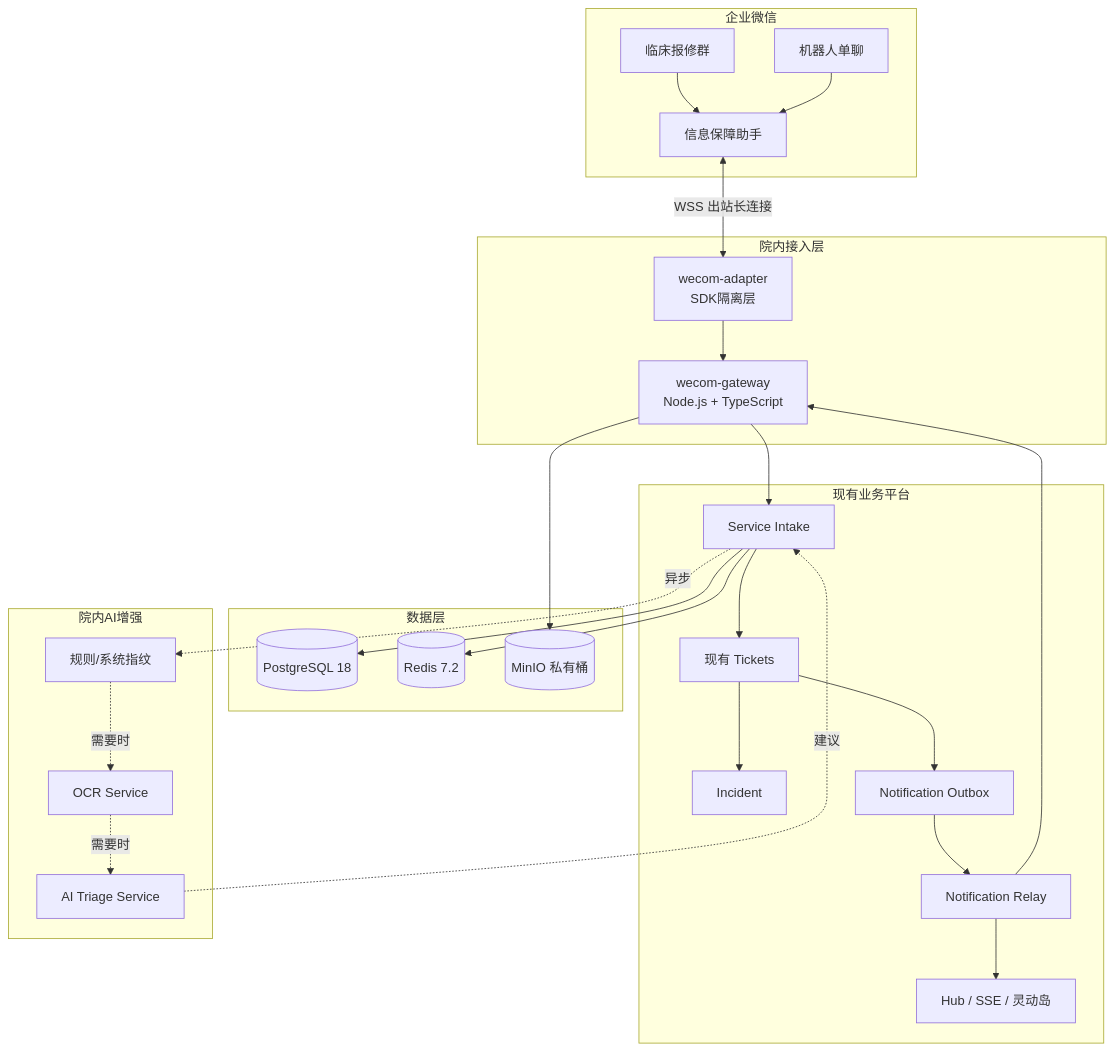
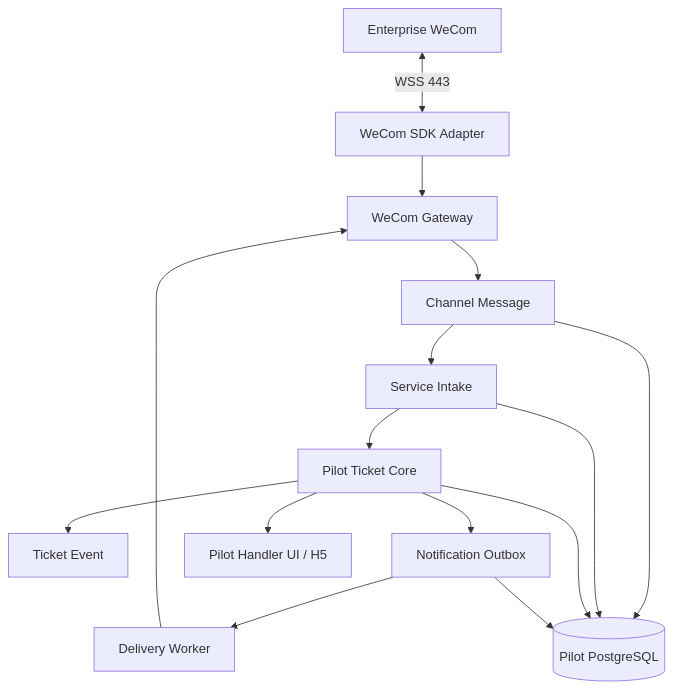
Before and after one commit to peterkis/Fault-Reporting-WeCom-Assistant: the first of 2 diagrams in docs/02_overall_architecture.md, drawn with Mermaid. The commit also changed other lines of this file and 76 other files, not shown here.

Commit message:
Architecture Baseline refactor

````diff
--- a/docs/02_overall_architecture.md
+++ b/docs/02_overall_architecture.md
@@ -18,53 +16,17 @@
 ```mermaid
 flowchart TB
-    subgraph WECOM[企业微信]
-        GROUP[临床报修群]
-        DIRECT[机器人单聊]
-        BOT[信息保障助手]
-    end
-
-    subgraph ACCESS[院内接入层]
-        GW[wecom-gateway<br/>Node.js + TypeScript]
-        ADAPTER[wecom-adapter<br/>SDK隔离层]
-    end
-
-    subgraph CORE[现有业务平台]
-        INTAKE[Service Intake]
-        TICKETS[现有 Tickets]
-        INCIDENT[Incident]
-        OUTBOX[Notification Outbox]
-        RELAY[Notification Relay]
-        HUB[Hub / SSE / 灵动岛]
-    end
-
-    subgraph DATA[数据层]
-        PG[(PostgreSQL 18)]
-        REDIS[(Redis 7.2)]
-        MINIO[(MinIO 私有桶)]
-    end
-
-    subgraph AI[院内AI增强]
-        RULES[规则/系统指纹]
-        OCR[OCR Service]
-        TRIAGE[AI Triage Service]
-    end
-
-    GROUP --> BOT
-    DIRECT --> BOT
-    BOT <-->|WSS 出站长连接| ADAPTER
-    ADAPTER --> GW
-    GW --> INTAKE
-    INTAKE --> PG
-    INTAKE --> TICKETS
-    TICKETS --> OUTBOX
-    OUTBOX --> RELAY
-    RELAY --> GW
-    RELAY --> HUB
-    GW --> MINIO
-    INTAKE -.异步.-> RULES
-    RULES -.需要时.-> OCR
-    OCR -.需要时.-> TRIAGE
-    TRIAGE -.建议.-> INTAKE
-    TICKETS --> INCIDENT
-    INTAKE --> REDIS
+    W[Enterprise WeCom] <-->|WSS 443| A[WeCom SDK Adapter]
+    A --> G[WeCom Gateway]
+    G --> M[Channel Message]
+    M --> I[Service Intake]
+    I --> P[Pilot Ticket Core]
+    P --> E[Ticket Event]
+    P --> O[Notification Outbox]
+    O --> D[Delivery Worker]
+    D --> G
+    P --> UI[Pilot Handler UI / H5]
+    M --> DB[(Pilot PostgreSQL)]
+    I --> DB
+    P --> DB
+    O --> DB
 ```
````
